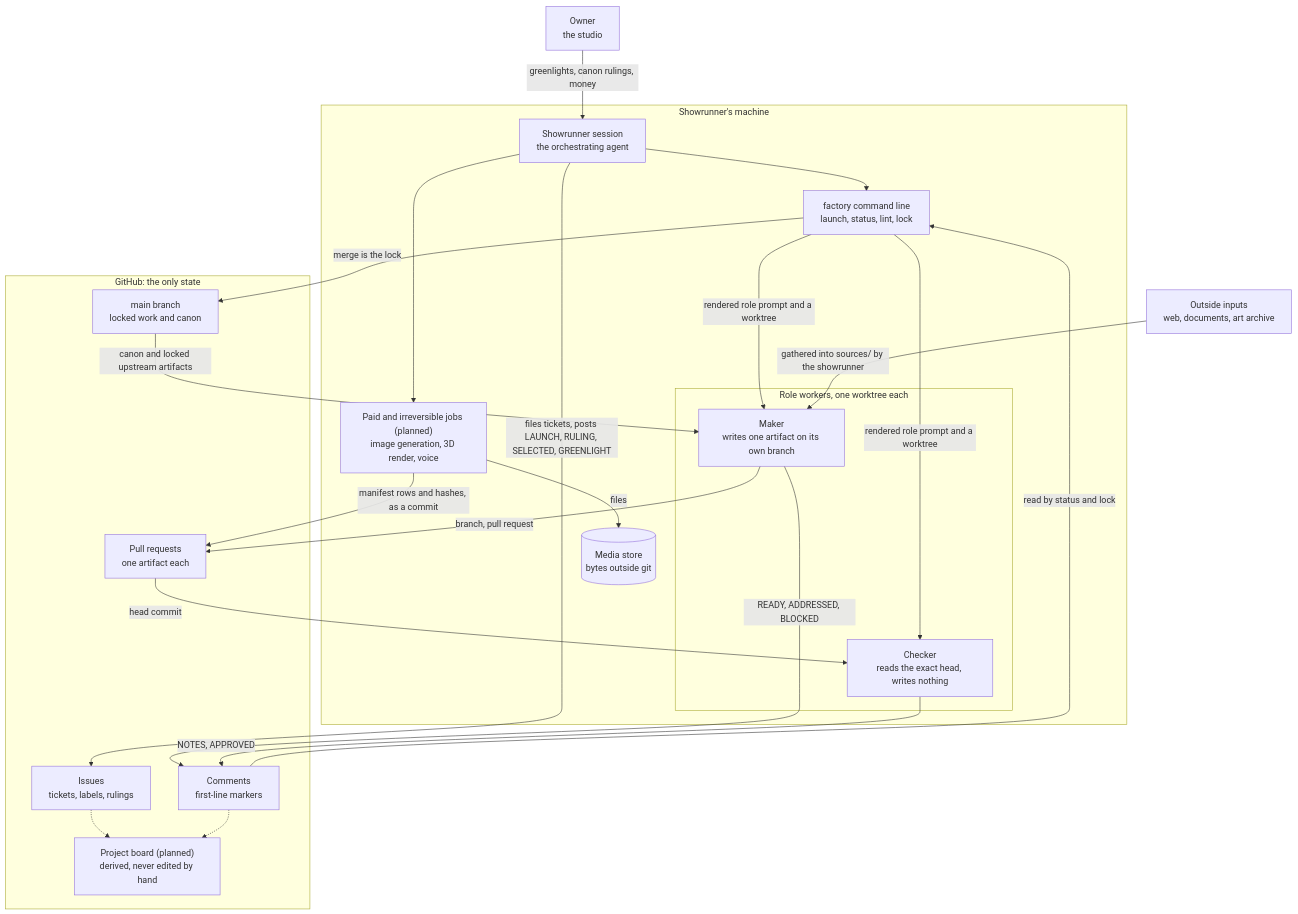
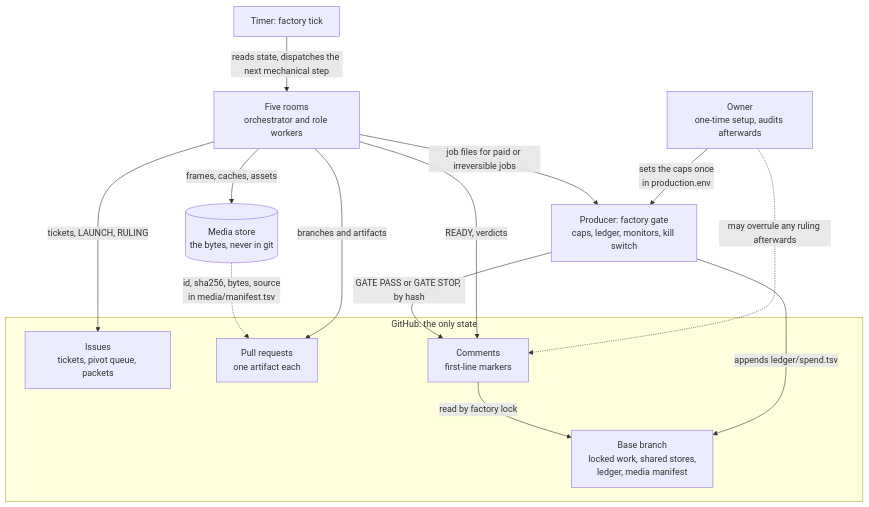
Before and after one commit to abel30567/enrico-factory: the third of 22 diagrams in docs/architecture.md, drawn with Mermaid. The commit also changed other lines of this file and 1 other file, not shown here.

Commit message:
Redraw the architecture to v1 and resolve the ambiguities the diagrams exposed in the brief.

````diff
--- a/docs/architecture.md
+++ b/docs/architecture.md
@@ -42,44 +68,26 @@
 ```mermaid
 flowchart TB
-  OWNER["Owner<br/>the studio"]
-
-  subgraph HOST["Showrunner's machine"]
-    SHOW["Showrunner session<br/>the orchestrating agent"]
-    CLI["factory command line<br/>launch, status, lint, lock"]
-    JOBS["Paid and irreversible jobs (planned)<br/>image generation, 3D render, voice"]
-    STORE[("Media store<br/>bytes outside git")]
-    subgraph WT["Role workers, one worktree each"]
-      MAKER["Maker<br/>writes one artifact on its own branch"]
-      CHECKER["Checker<br/>reads the exact head, writes nothing"]
-    end
+  OWNER["Owner<br/>one-time setup, audits afterwards"]
+  GATE["Producer: factory gate<br/>caps, ledger, monitors, kill switch"]
+  TICK["Timer: factory tick"]
+  ROOMS["Five rooms<br/>orchestrator and role workers"]
+  STORE[("Media store<br/>the bytes, never in git")]
+  subgraph GH["GitHub: the only state"]
+    ISS["Issues<br/>tickets, pivot queue, packets"]
+    PRS["Pull requests<br/>one artifact each"]
+    MK["Comments<br/>first-line markers"]
+    MAIN["Base branch<br/>locked work, shared stores,<br/>ledger, media manifest"]
   end
-
-  subgraph GH["GitHub: the only state"]
-    ISSUES["Issues<br/>tickets, labels, rulings"]
-    PRS["Pull requests<br/>one artifact each"]
-    COMMENTS["Comments<br/>first-line markers"]
-    MAIN["main branch<br/>locked work and canon"]
-    BOARD["Project board (planned)<br/>derived, never edited by hand"]
-  end
-
-  EXT["Outside inputs<br/>web, documents, art archive"]
-
-  OWNER -->|"greenlights, canon rulings, money"| SHOW
-  SHOW -->|"files tickets, posts LAUNCH, RULING, SELECTED, GREENLIGHT"| ISSUES
-  SHOW --> CLI
-  CLI -->|"rendered role prompt and a worktree"| MAKER
-  CLI -->|"rendered role prompt and a worktree"| CHECKER
-  MAIN -->|"canon and locked upstream artifacts"| MAKER
-  EXT -->|"gathered into sources/ by the showrunner"| MAKER
-  MAKER -->|"branch, pull request"| PRS
-  MAKER -->|"READY, ADDRESSED, BLOCKED"| COMMENTS
-  PRS -->|"head commit"| CHECKER
-  CHECKER -->|"NOTES, APPROVED"| COMMENTS
-  COMMENTS -->|"read by status and lock"| CLI
-  CLI -->|"merge is the lock"| MAIN
-  SHOW --> JOBS
-  JOBS -->|"files"| STORE
-  JOBS -->|"manifest rows and hashes, as a commit"| PRS
-  ISSUES -.-> BOARD
-  COMMENTS -.-> BOARD
+  OWNER -->|"sets the caps once<br/>in production.env"| GATE
+  OWNER -.->|"may overrule any ruling afterwards"| MK
+  ROOMS -->|"tickets, LAUNCH, RULING"| ISS
+  ROOMS -->|"branches and artifacts"| PRS
+  ROOMS -->|"READY, verdicts"| MK
+  ROOMS -->|"job files for paid or irreversible jobs"| GATE
+  GATE -->|"GATE PASS or GATE STOP, by hash"| MK
+  GATE -->|"appends ledger/spend.tsv"| MAIN
+  TICK -->|"reads state, dispatches the next mechanical step"| ROOMS
+  MK -->|"read by factory lock"| MAIN
+  ROOMS -->|"frames, caches, assets"| STORE
+  STORE -.->|"id, sha256, bytes, source<br/>in media/manifest.tsv"| PRS
 ```
````
